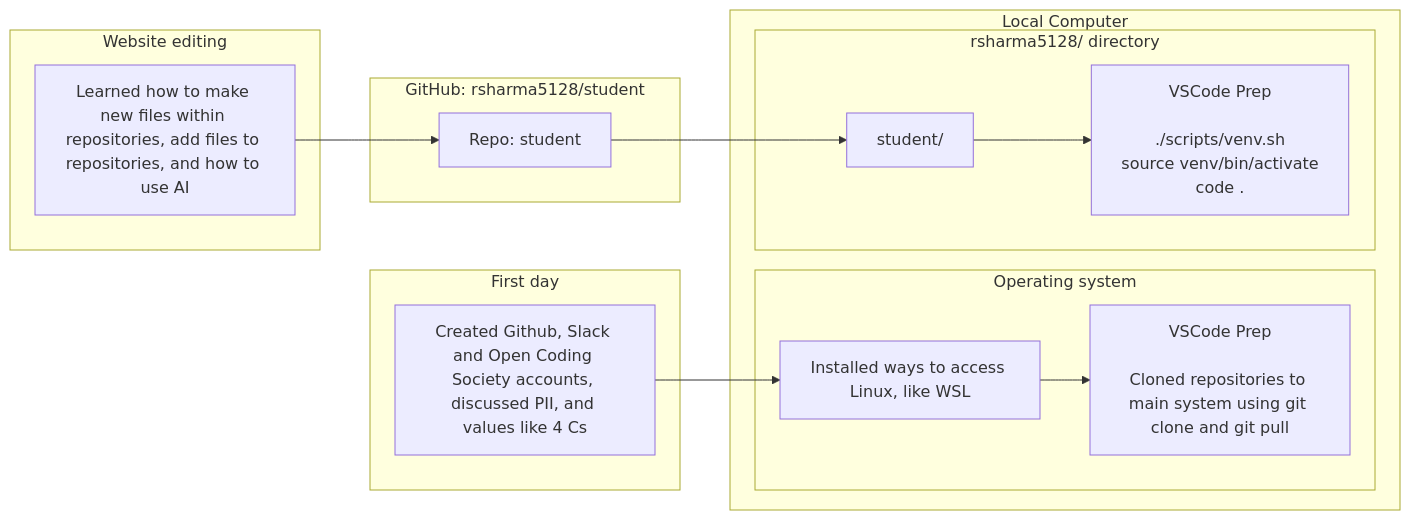
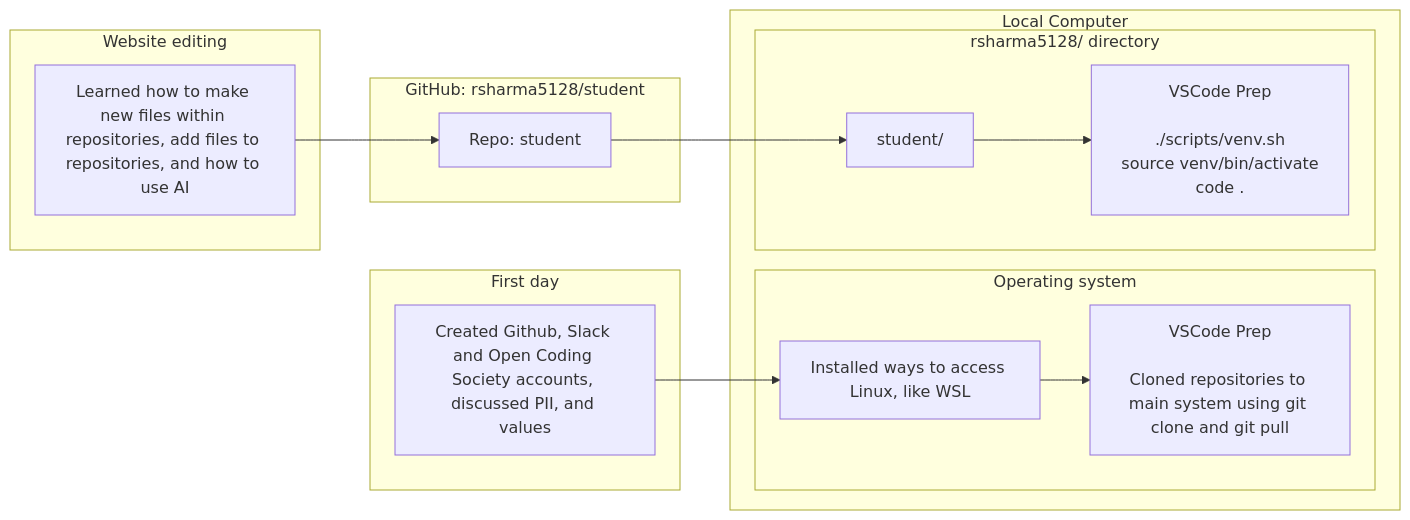
The second of 2 diagrams in navigation/journey.md (rsharma5128/student), drawn with Mermaid before and after one commit.

Commit message:
fixing syntax

````diff
--- a/navigation/journey.md
+++ b/navigation/journey.md
@@ -59,39 +59,39 @@
 ```mermaid
 flowchart LR
     %% GitHub Sources
     subgraph GitHub_Pages[First day]
-        A[Created Github, Slack and Open Coding Society accounts, discussed PII, and values like 4 Cs]:::repo
+        A[Created Github, Slack and Open Coding Society accounts, discussed PII, and values]:::repo
     end
 
     subgraph GitHub_Template[Website editing]
         T[Learned how to make new files within repositories, add files to repositories, and how to use AI]:::repo
     end
 
     subgraph GitHub_Student[GitHub: rsharma5128/student]
         B[Repo: student]:::repo
     end
 
     %% Operating system
     subgraph Local[Local Computer]
         subgraph opencs_dir[Operating system]
             C[Installed ways to access Linux, like WSL]:::local
             Ccmd[VSCode Prep<br/><br/>Cloned repositories to main system using git clone and git pull]:::cmd
         end
         subgraph user_dir[rsharma5128/ directory]
             D[student/]:::local
             Dcmd[VSCode Prep<br/><br/>./scripts/venv.sh<br/>source venv/bin/activate<br/>code .]:::cmd
         end
     end
 
     %% Arrows: cloning
     A --> C
     B --> D
 
     %% Arrows: template relationship
     T --> B
 
     %% Arrows: commands
     C --> Ccmd
     D --> Dcmd
 
 ```
````
